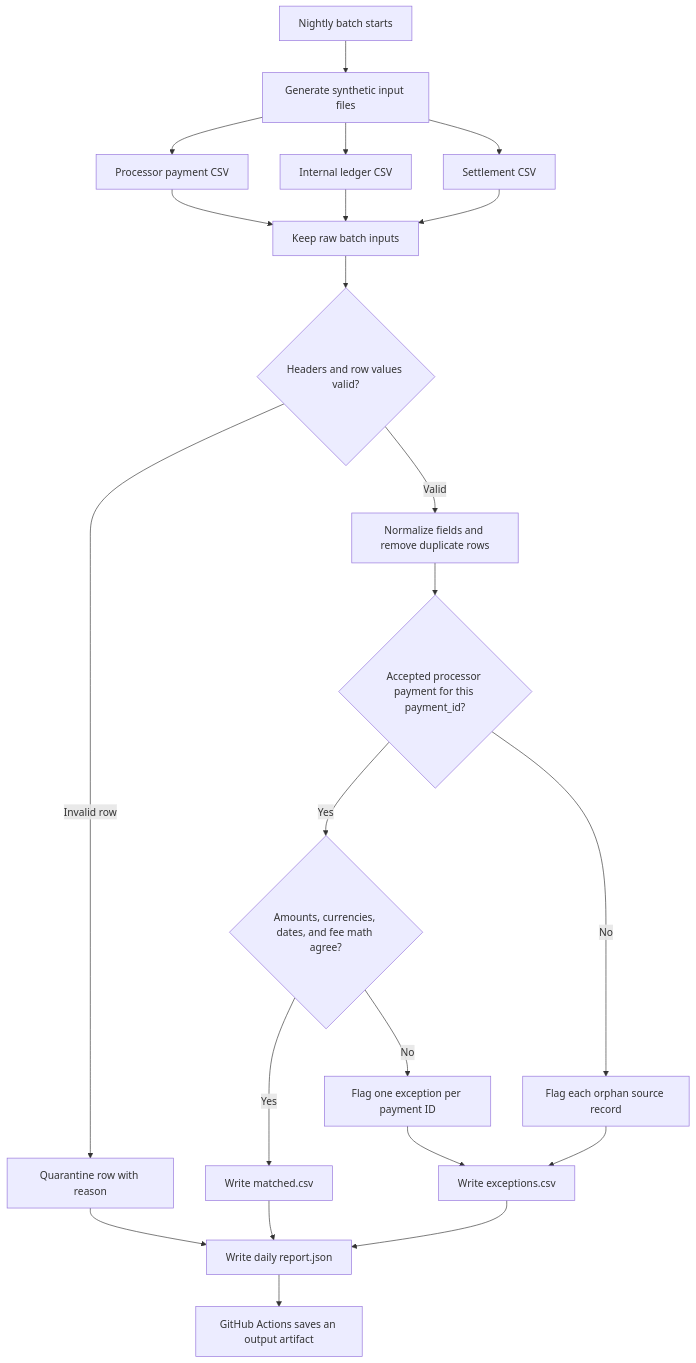
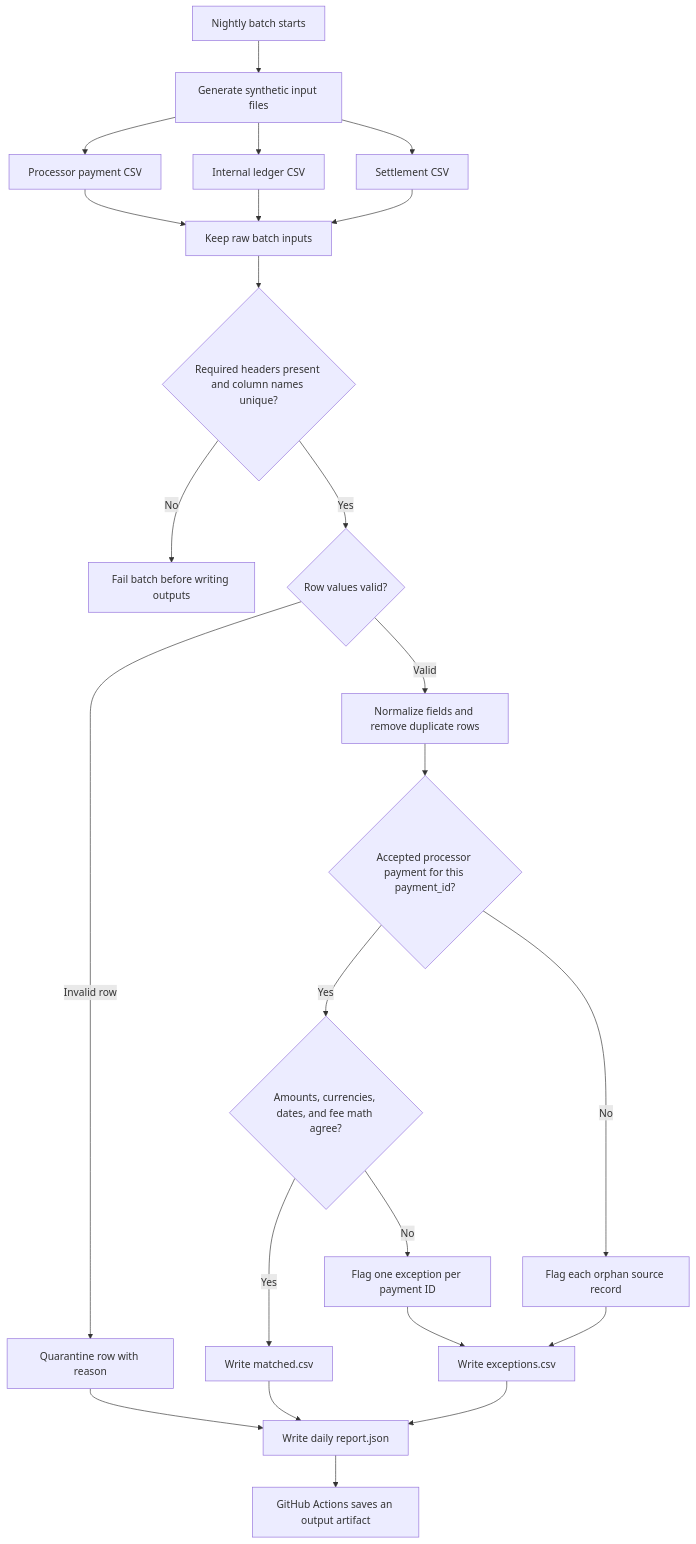
One commit to RalphAI-suiii/payment-reconciliation-pipeline changed the diagram in README.md. Above: the diagram before and after it, drawn with Mermaid. The commit also changed other lines of this file and 1 other file, not shown here.

Commit message:
Reject duplicate CSV headers before reconciliation (#5)
* Reject duplicate CSV column names before reading records

* Document the CSV header validation contract

````diff
--- a/README.md
+++ b/README.md
@@ -9,27 +9,29 @@
 ```mermaid
 flowchart TD
     A["Nightly batch starts"] --> B["Generate synthetic input files"]
     B --> C["Processor payment CSV"]
     B --> D["Internal ledger CSV"]
     B --> E["Settlement CSV"]
 
     C --> F["Keep raw batch inputs"]
     D --> F
     E --> F
 
-    F --> G{"Headers and row values valid?"}
+    F --> V{"Required headers present and column names unique?"}
+    V -- "No" --> T["Fail batch before writing outputs"]
+    V -- "Yes" --> G{"Row values valid?"}
     G -- "Invalid row" --> Q["Quarantine row with reason"]
     G -- "Valid" --> H["Normalize fields and remove duplicate rows"]
     H --> I{"Accepted processor payment for this payment_id?"}
     I -- "Yes" --> J{"Amounts, currencies, dates, and fee math agree?"}
     I -- "No" --> O["Flag each orphan source record"]
     J -- "Yes" --> K["Write matched.csv"]
     J -- "No" --> P["Flag one exception per payment ID"]
     O --> X["Write exceptions.csv"]
     P --> X
 
     K --> R["Write daily report.json"]
     X --> R
     Q --> R
     R --> S["GitHub Actions saves an output artifact"]
 ```
````
